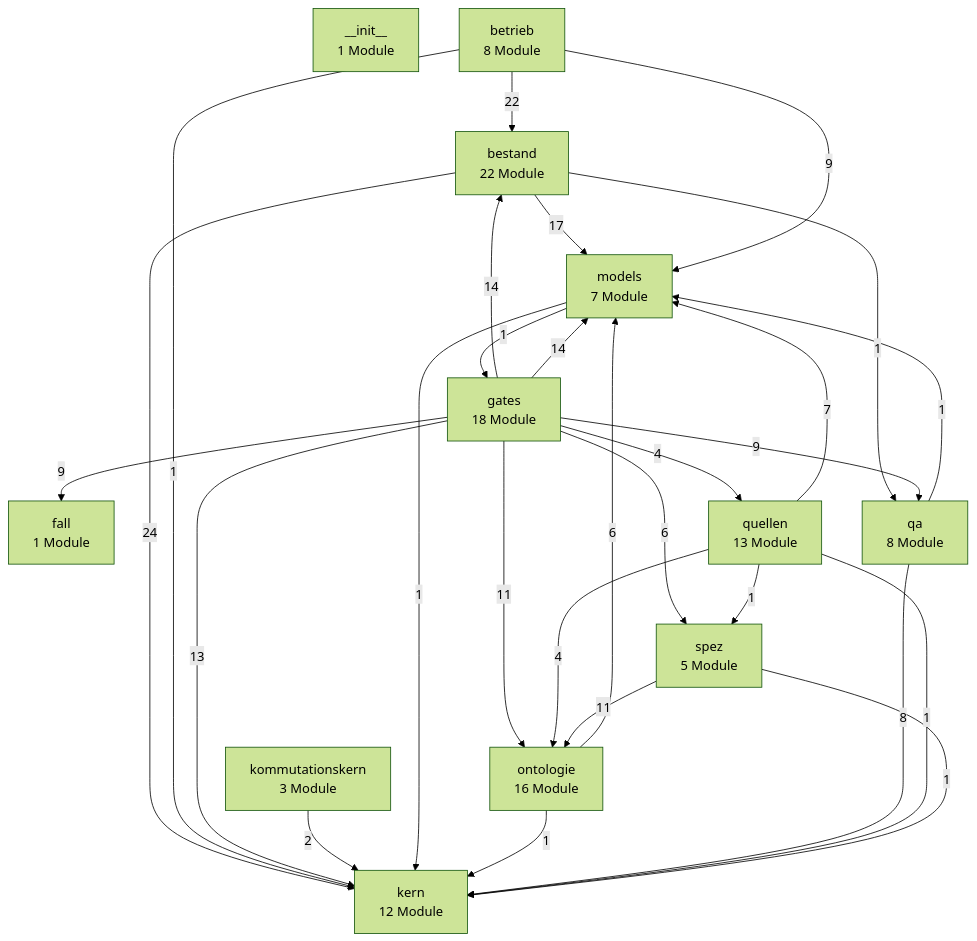
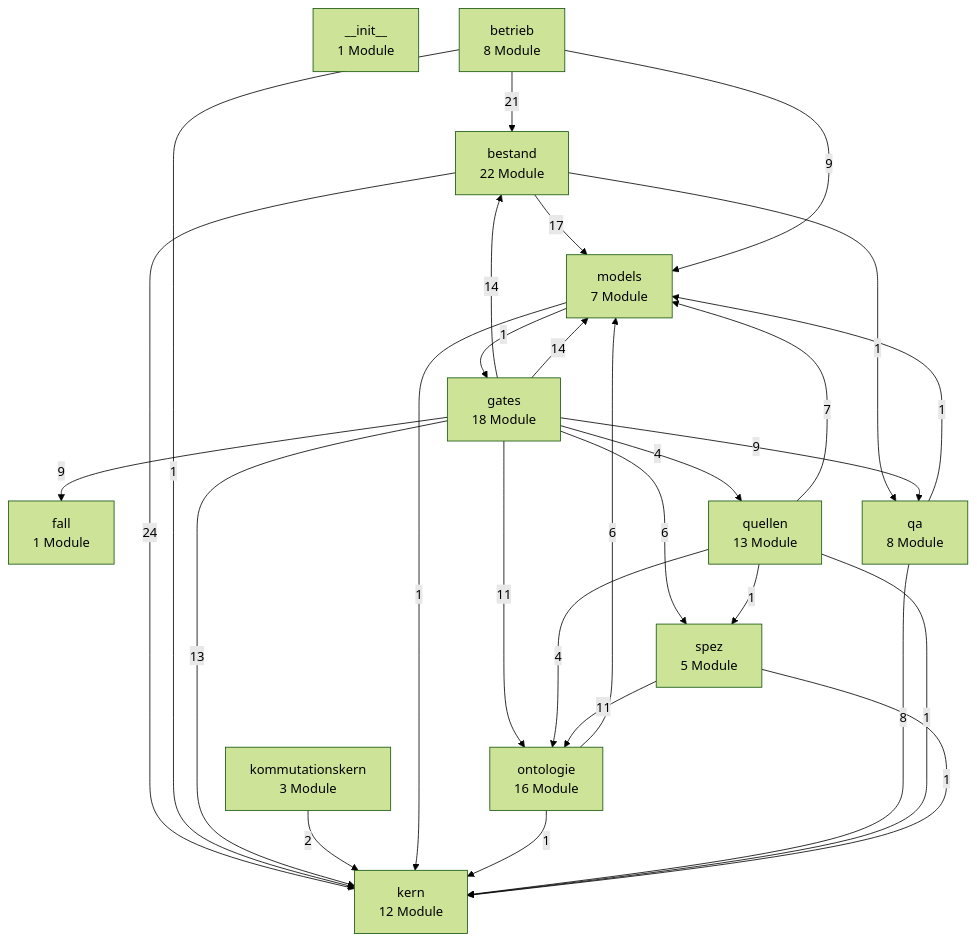
The first of 3 diagrams in docs/architektur/landkarte.md (bartlmac/rechner-pipeline), drawn with Mermaid (forest theme) before and after one commit. The commit also changed 54 other files, not shown here.

````diff
--- a/docs/architektur/landkarte.md
+++ b/docs/architektur/landkarte.md
@@ -27,43 +27,43 @@
 ```mermaid
 %% Schichten — erzeugt von ontologie.landkarte
 flowchart TD
     n__init__["__init__<br/>1 Module"]
     bestand["bestand<br/>22 Module"]
     betrieb["betrieb<br/>8 Module"]
     fall["fall<br/>1 Module"]
     gates["gates<br/>18 Module"]
     kern["kern<br/>12 Module"]
     kommutationskern["kommutationskern<br/>3 Module"]
     models["models<br/>7 Module"]
     ontologie["ontologie<br/>16 Module"]
     qa["qa<br/>8 Module"]
     quellen["quellen<br/>13 Module"]
     spez["spez<br/>5 Module"]
     bestand -- 24 --> kern
     bestand -- 17 --> models
     bestand -- 1 --> qa
-    betrieb -- 22 --> bestand
+    betrieb -- 21 --> bestand
     betrieb -- 1 --> kern
     betrieb -- 9 --> models
     gates -- 14 --> bestand
     gates -- 9 --> fall
     gates -- 13 --> kern
     gates -- 14 --> models
     gates -- 11 --> ontologie
     gates -- 9 --> qa
     gates -- 4 --> quellen
     gates -- 6 --> spez
     kommutationskern -- 2 --> kern
     models -- 1 --> gates
     models -- 1 --> kern
     ontologie -- 1 --> kern
     ontologie -- 6 --> models
     qa -- 8 --> kern
     qa -- 1 --> models
     quellen -- 1 --> kern
     quellen -- 7 --> models
     quellen -- 4 --> ontologie
     quellen -- 1 --> spez
     spez -- 1 --> kern
     spez -- 11 --> ontologie
 ```
````
